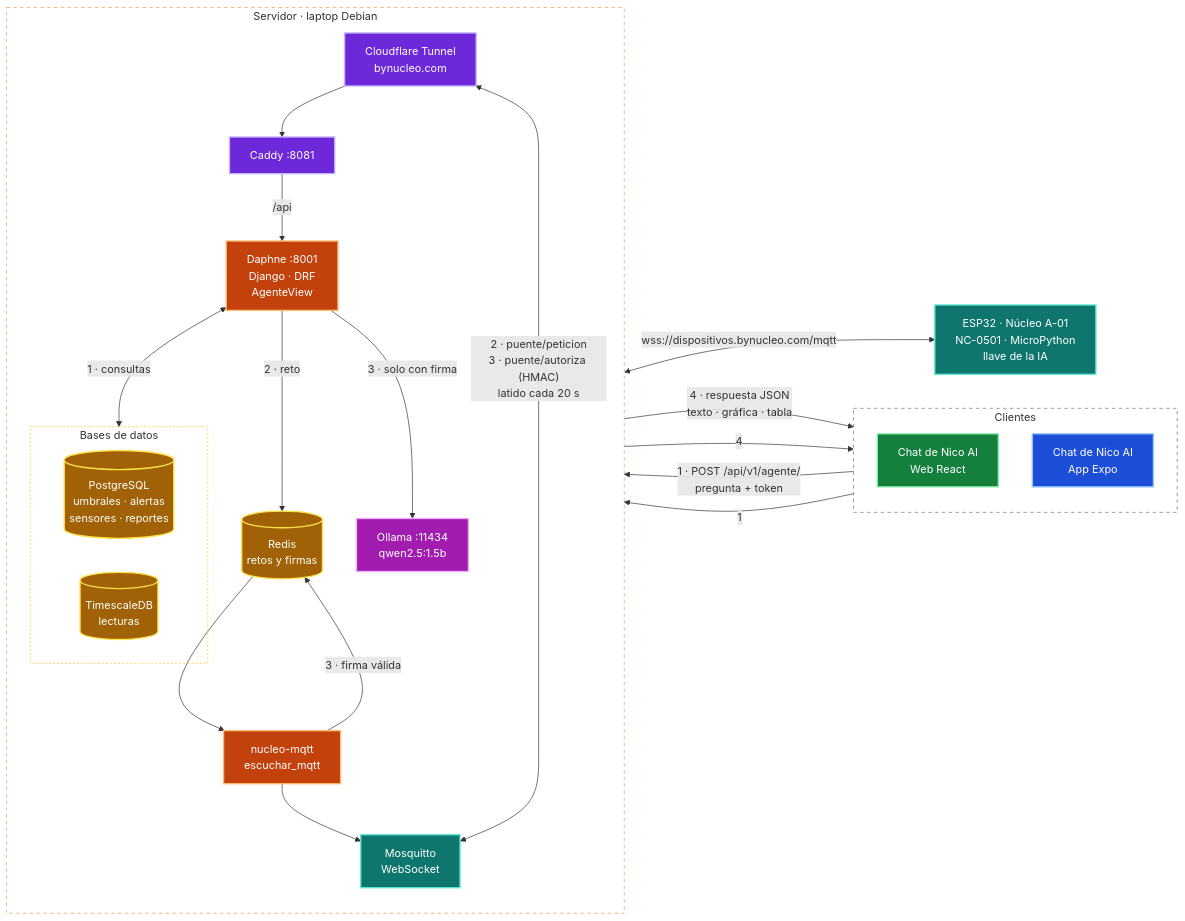
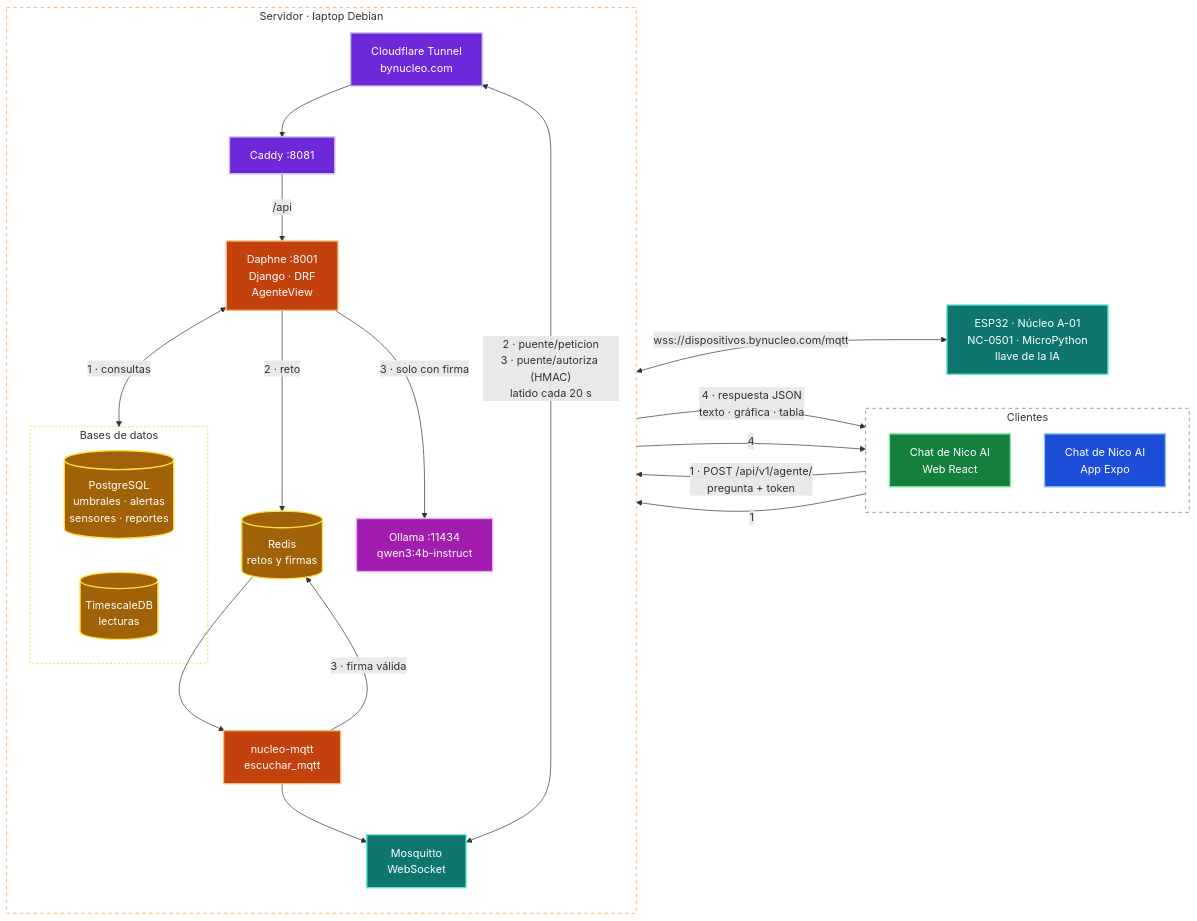
One commit to BrandonGlz/Nucleo changed the diagram in Context/agente/nico-ai.md. Above: the diagram before and after it, drawn with Mermaid. The commit also changed other lines of this file and 9 other files, not shown here.

Commit message:
feat(nico): usa qwen3:4b-instruct sin razonamiento previo y sube Ollama a 3.5 GB

````diff
--- a/Context/agente/nico-ai.md
+++ b/Context/agente/nico-ai.md
@@ -9,53 +9,53 @@
 ```mermaid
 flowchart LR
     subgraph CL["Clientes"]
         direction TB
         W["Chat de Nico AI<br/>Web React"]
         A["Chat de Nico AI<br/>App Expo"]
     end
     subgraph HOST["Servidor · laptop Debian"]
         direction TB
         CF["Cloudflare Tunnel<br/>bynucleo.com"]
         C["Caddy :8081"]
         D["Daphne :8001<br/>Django · DRF<br/>AgenteView"]
         R[("Redis<br/>retos y firmas")]
         MQ["nucleo-mqtt<br/>escuchar_mqtt"]
         M["Mosquitto<br/>WebSocket"]
         subgraph BD["Bases de datos"]
             PG[("PostgreSQL<br/>umbrales · alertas<br/>sensores · reportes")]
             TDB[("TimescaleDB<br/>lecturas")]
         end
-        O["Ollama :11434<br/>qwen2.5:1.5b"]
+        O["Ollama :11434<br/>qwen3:4b-instruct"]
     end
     E["ESP32 · Núcleo A-01<br/>NC-0501 · MicroPython<br/>llave de la IA"]
 
     W -->|"1 · POST /api/v1/agente/<br/>pregunta + token"| CF
     A -->|"1"| CF
     CF --> C -->|"/api"| D
     D <-->|"1 · consultas"| BD
     D -->|"2 · reto"| R
     R --> MQ --> M
     M <-->|"2 · puente/peticion<br/>3 · puente/autoriza (HMAC)<br/>latido cada 20 s"| CF
     CF <-->|"wss://dispositivos.bynucleo.com/mqtt"| E
     MQ -->|"3 · firma válida"| R
     D -->|"3 · solo con firma"| O
     D -->|"4 · respuesta JSON<br/>texto · gráfica · tabla"| W
     D -->|"4"| A
     classDef cliente fill:#1d4ed8,stroke:#93c5fd,color:#fff,stroke-width:2px
     classDef red fill:#6d28d9,stroke:#c4b5fd,color:#fff,stroke-width:2px
     classDef web fill:#15803d,stroke:#86efac,color:#fff,stroke-width:2px
     classDef backend fill:#c2410c,stroke:#fdba74,color:#fff,stroke-width:2px
     classDef datos fill:#a16207,stroke:#fde047,color:#fff,stroke-width:2px
     classDef iot fill:#0f766e,stroke:#5eead4,color:#fff,stroke-width:2px
     classDef externo fill:#a21caf,stroke:#f0abfc,color:#fff,stroke-width:2px
     class W web
     class A cliente
     class CF,C red
     class D,MQ backend
     class R,PG,TDB datos
     class E,M iot
     class O externo
     style CL fill:transparent,stroke:#64748b,stroke-dasharray:5 5
     style HOST fill:transparent,stroke:#fb923c,stroke-dasharray:5 5
     style BD fill:transparent,stroke:#facc15,stroke-dasharray:3 3
 ```
````
